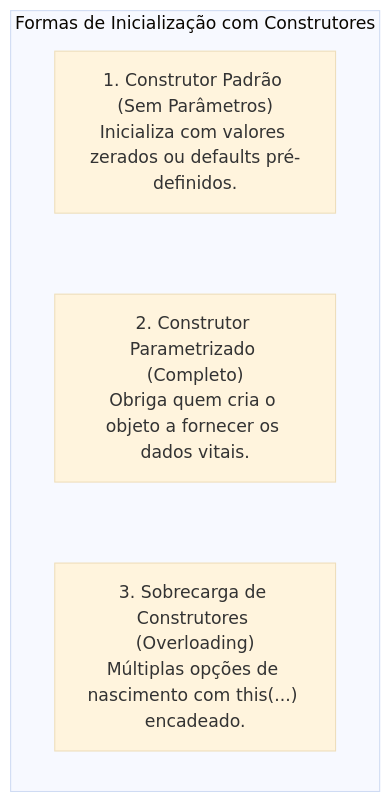
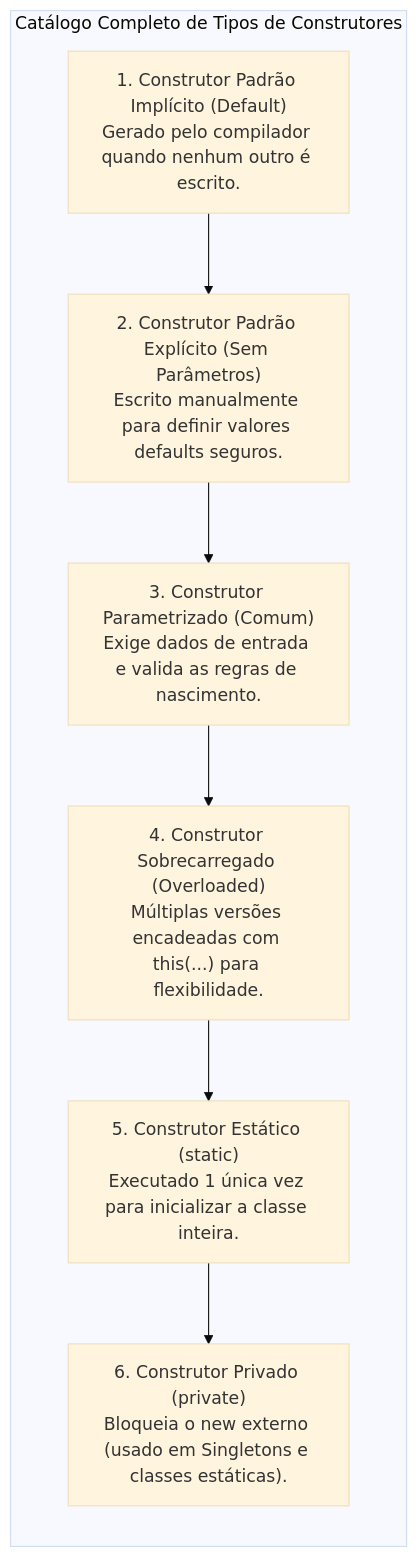
One commit to leorruas/puc changed the fourth of 5 diagrams in 01. Programacao Modular/08. Construtores (inicialização, sobrecarga e garantia de invariantes).md. Above: the diagram before and after it, drawn with Mermaid (base theme). The commit also changed other lines of this file, not shown here.

Commit message:
docs(pm): adiciona explicacao tecnica sobre por que construtores nao aceitam void e cataloga todos os 6 tipos de construtores com snippets atomicos no artigo 08

````diff
--- a/01. Programacao Modular/08. Construtores (inicialização, sobrecarga e garantia de invariantes).md
+++ b/01. Programacao Modular/08. Construtores (inicialização, sobrecarga e garantia de invariantes).md
@@ -98,12 +111,18 @@
 ```mermaid
-flowchart LR
-    subgraph Formas ["Formas de Inicialização com Construtores"]
+flowchart TD
+    subgraph Catalogo ["Catálogo Completo de Tipos de Construtores"]
         direction TB
-        C_Def["1. Construtor Padrão (Sem Parâmetros)<br>Inicializa com valores zerados ou defaults pré-definidos."]
-        C_Param["2. Construtor Parametrizado (Completo)<br>Obriga quem cria o objeto a fornecer os dados vitais."]
-        C_Sobrec["3. Sobrecarga de Construtores (Overloading)<br>Múltiplas opções de nascimento com this(...) encadeado."]
+        T1["1. Construtor Padrão Implícito (Default)<br>Gerado pelo compilador quando nenhum outro é escrito."]
+        T2["2. Construtor Padrão Explícito (Sem Parâmetros)<br>Escrito manualmente para definir valores defaults seguros."]
+        T3["3. Construtor Parametrizado (Comum)<br>Exige dados de entrada e valida as regras de nascimento."]
+        T4["4. Construtor Sobrecarregado (Overloaded)<br>Múltiplas versões encadeadas com this(...) para flexibilidade."]
+        T5["5. Construtor Estático (static)<br>Executado 1 única vez para inicializar a classe inteira."]
+        T6["6. Construtor Privado (private)<br>Bloqueia o new externo (usado em Singletons e classes estáticas)."]
 
-        C_Def ~~~ C_Param
-        C_Param ~~~ C_Sobrec
+        T1 --> T2
+        T2 --> T3
+        T3 --> T4
+        T4 --> T5
+        T5 --> T6
     end
 ```
````
